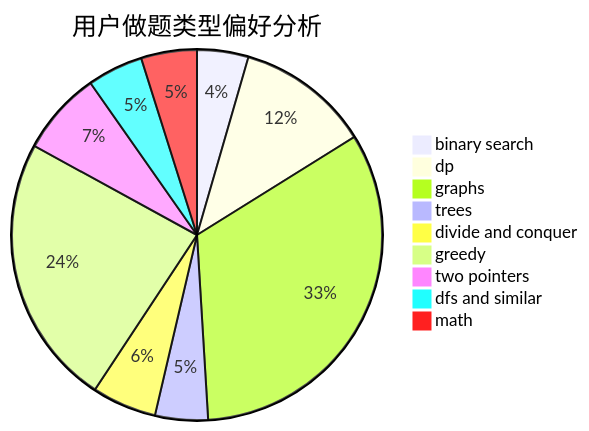
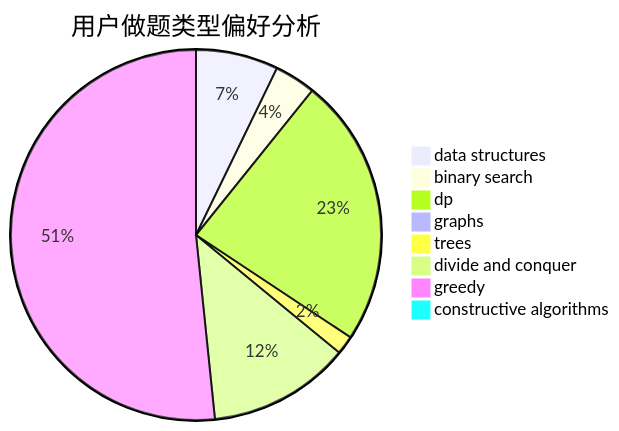
One commit to sherpahu/cfrs.github.io changed the second of 3 diagrams in docs/user/u753.md. Above: the diagram before and after it, drawn with Mermaid. The commit also changed other lines of this file and 2775 other files, not shown here.

````diff
--- a/docs/user/u753.md
+++ b/docs/user/u753.md
@@ -23,12 +23,11 @@
 ```mermaid
 pie title 用户做题类型偏好分析
-    "binary search" :  35
-    "dp" :  91
-    "graphs" :  257
-    "trees" :  36
-    "divide and conquer" :  44
-    "greedy" :  185
-    "two pointers" :  57
-    "dfs and similar" :  38
-    "math" :  38
+    "data structures" :  22
+    "binary search" :  11
+    "dp" :  72
+    "graphs" :  3
+    "trees" :  5
+    "divide and conquer" :  38
+    "greedy" :  158
+    "constructive algorithms" :  3
 ```
````
